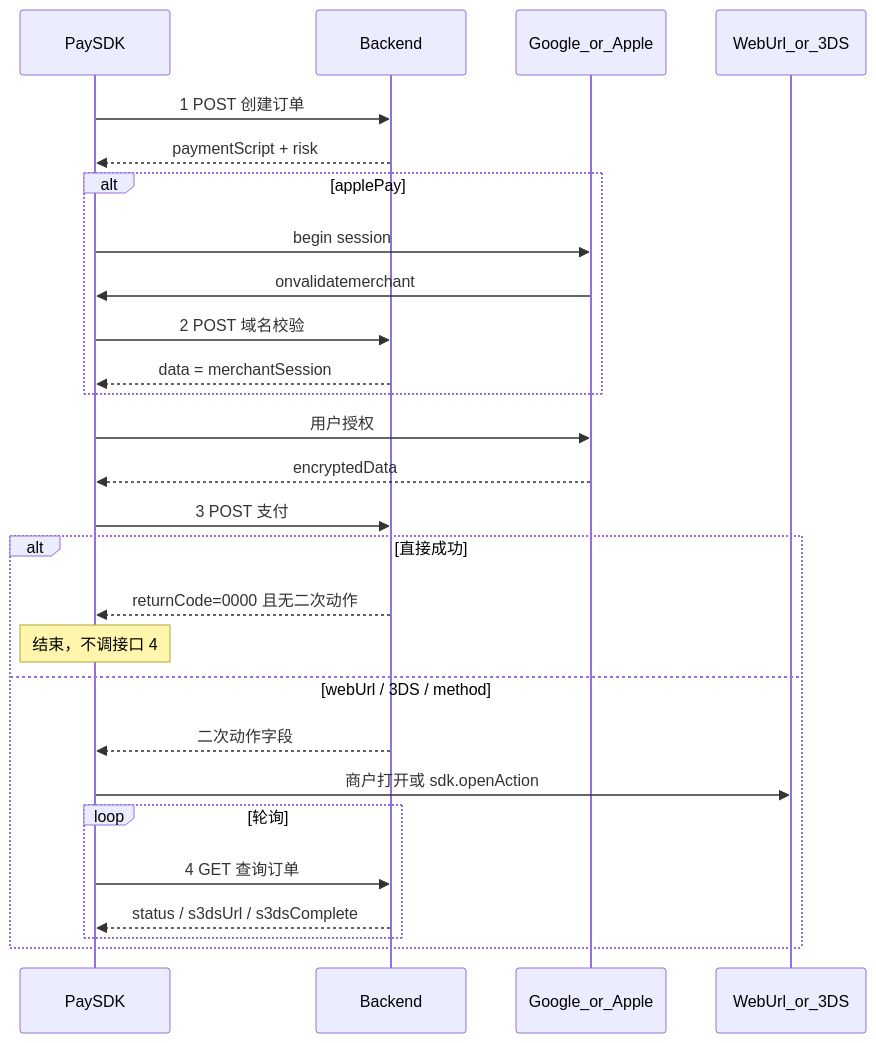
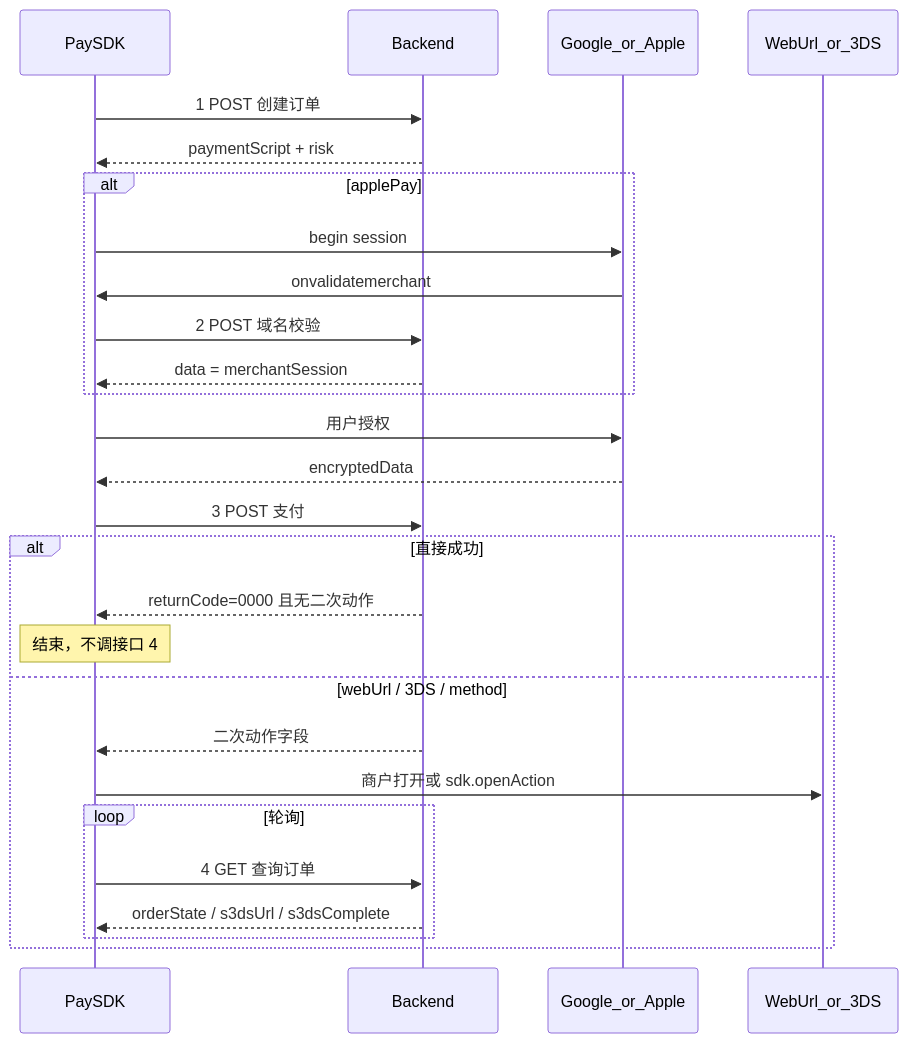
Before and after one commit to laibaduoji/pay-sdk-mvp: the diagram in docs/pay-api/SERVER.md, drawn with Mermaid. The commit also changed other lines of this file and 14 other files, not shown here.

````diff
--- a/docs/pay-api/SERVER.md
+++ b/docs/pay-api/SERVER.md
@@ -95,30 +95,30 @@
 ```mermaid
 sequenceDiagram
   participant SDK as PaySDK
   participant API as Backend
   participant Wallet as Google_or_Apple
   participant Page as WebUrl_or_3DS
 
   SDK->>API: 1 POST 创建订单
   API-->>SDK: paymentScript + risk
   alt applePay
     SDK->>Wallet: begin session
     Wallet->>SDK: onvalidatemerchant
     SDK->>API: 2 POST 域名校验
     API-->>SDK: data = merchantSession
   end
   SDK->>Wallet: 用户授权
   Wallet-->>SDK: encryptedData
   SDK->>API: 3 POST 支付
   alt 直接成功
     API-->>SDK: returnCode=0000 且无二次动作
     Note over SDK: 结束，不调接口 4
   else webUrl / 3DS / method
     API-->>SDK: 二次动作字段
     SDK->>Page: 商户打开或 sdk.openAction
     loop 轮询
       SDK->>API: 4 GET 查询订单
-      API-->>SDK: status / s3dsUrl / s3dsComplete
+      API-->>SDK: orderState / s3dsUrl / s3dsComplete
     end
   end
 ```
````
